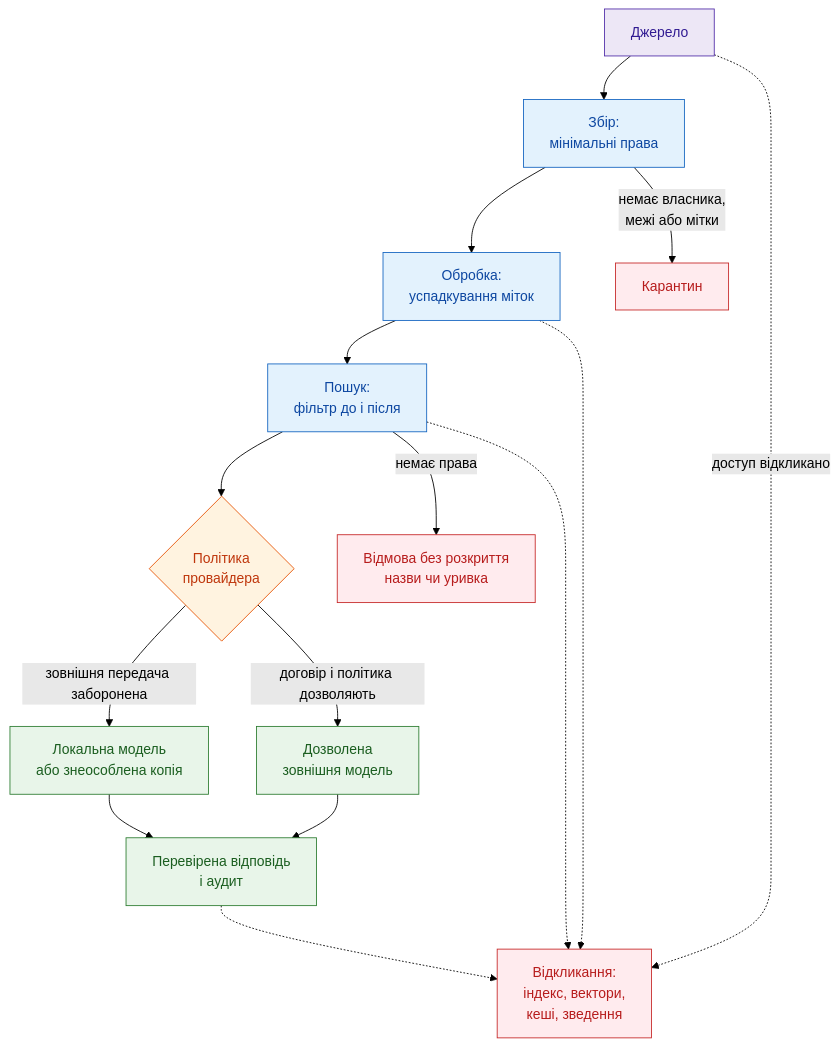
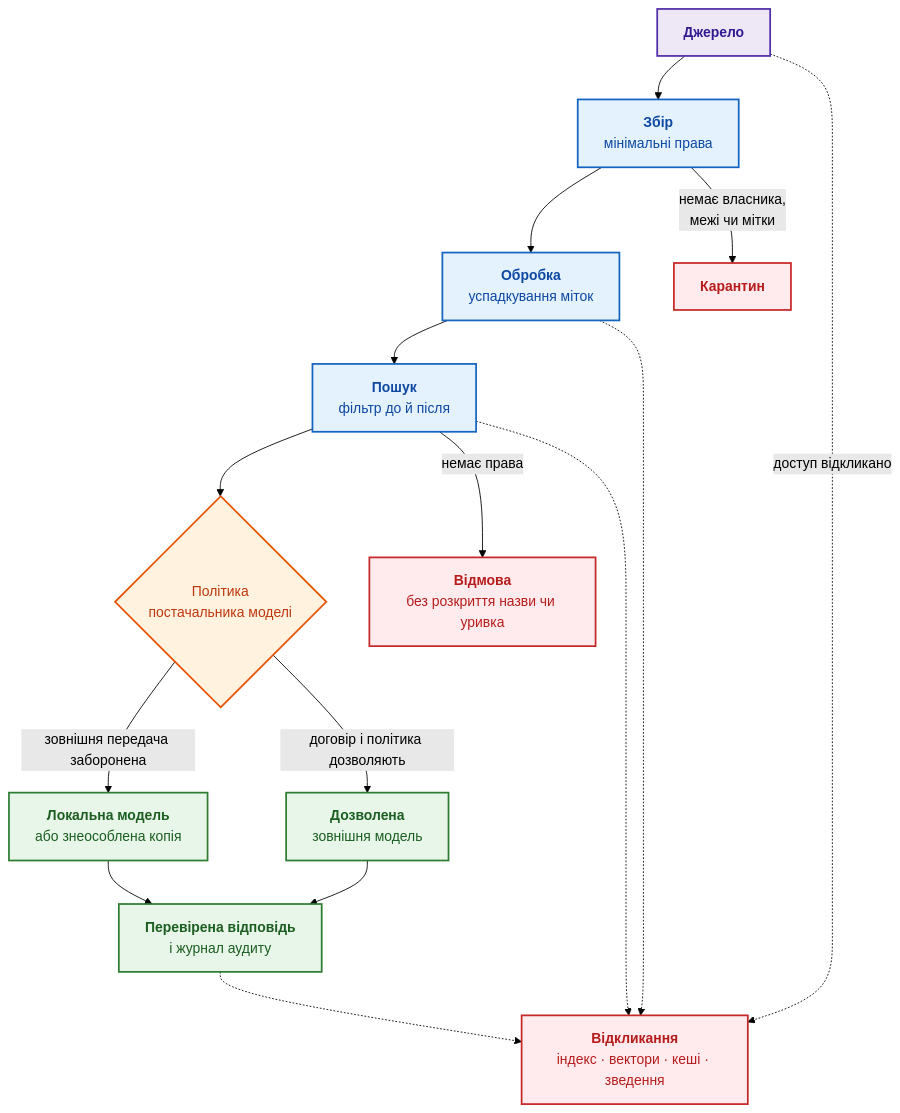
Before and after one commit to nick-fedchik/articles: the second of 9 diagrams in ExpertSystem/ch10-knowledge-acquisition-systems.md, drawn with Mermaid (forest theme). The commit also changed other lines of this file, not shown here.

````diff
--- a/ExpertSystem/ch10-knowledge-acquisition-systems.md
+++ b/ExpertSystem/ch10-knowledge-acquisition-systems.md
@@ -188,39 +137,39 @@
 ```mermaid
 flowchart TB
-    accTitle: Багаторівневий контроль доступу та запобігання витоку
-    accDescr: Шлях контенту через конектори з мінімальними правами, успадкування міток, політику провайдера та ізоляцію.
+    accTitle: Багаторівневий контроль доступу й запобігання витоку
+    accDescr: Вміст проходить збір із мінімальними правами, обробку з успадкуванням міток, пошук із фільтрами й вибір постачальника моделі; порушення ведуть до карантину, відмови чи відкликання.
 
-    Source["Джерело"]
-    Collect["Збір:<br/>мінімальні права"]
-    Process["Обробка:<br/>успадкування міток"]
-    Search["Пошук:<br/>фільтр до і після"]
-    Route{"Політика<br/>провайдера"}
-    Local["Локальна модель<br/>або знеособлена копія"]
-    External["Дозволена<br/>зовнішня модель"]
-    Answer["Перевірена відповідь<br/>і аудит"]
-    Quarantine["Карантин"]
-    Deny["Відмова без розкриття<br/>назви чи уривка"]
-    Revoke["Відкликання:<br/>індекс, вектори,<br/>кеші, зведення"]
+    Source["<b>Джерело</b>"]
+    Collect["<b>Збір</b><br/>мінімальні права"]
+    Process["<b>Обробка</b><br/>успадкування міток"]
+    Search["<b>Пошук</b><br/>фільтр до й після"]
+    Route{"Політика<br/>постачальника моделі"}
+    Local["<b>Локальна модель</b><br/>або знеособлена копія"]
+    External["<b>Дозволена</b><br/>зовнішня модель"]
+    Answer["<b>Перевірена відповідь</b><br/>і журнал аудиту"]
+    Quarantine["<b>Карантин</b>"]
+    Deny["<b>Відмова</b><br/>без розкриття назви чи уривка"]
+    Revoke["<b>Відкликання</b><br/>індекс · вектори · кеші · зведення"]
 
     Source --> Collect --> Process --> Search --> Route
-    Collect -->|"немає власника,<br/>межі або мітки"| Quarantine
+    Collect -->|"немає власника,<br/>межі чи мітки"| Quarantine
     Search -->|"немає права"| Deny
     Route -->|"зовнішня передача заборонена"| Local --> Answer
     Route -->|"договір і політика дозволяють"| External --> Answer
     Source -.->|"доступ відкликано"| Revoke
     Process -.-> Revoke
     Search -.-> Revoke
     Answer -.-> Revoke
 
-    classDef src fill:#ede7f6,stroke:#512da8,color:#311b92;
-    classDef step fill:#e3f2fd,stroke:#1565c0,color:#0d47a1;
-    classDef route fill:#fff3e0,stroke:#e65100,color:#bf360c;
-    classDef safe fill:#e8f5e9,stroke:#2e7d32,color:#1b5e20;
-    classDef block fill:#ffebee,stroke:#c62828,color:#b71c1c;
+    classDef src fill:#ede7f6,stroke:#512da8,stroke-width:2px,color:#311b92;
+    classDef step fill:#e3f2fd,stroke:#1565c0,stroke-width:2px,color:#0d47a1;
+    classDef route fill:#fff3e0,stroke:#e65100,stroke-width:2px,color:#bf360c;
+    classDef safe fill:#e8f5e9,stroke:#2e7d32,stroke-width:2px,color:#1b5e20;
+    classDef block fill:#ffebee,stroke:#c62828,stroke-width:2px,color:#b71c1c;
 
     class Source src;
     class Collect,Process,Search step;
     class Route route;
     class Local,External,Answer safe;
     class Quarantine,Deny,Revoke block;
 ```
````
